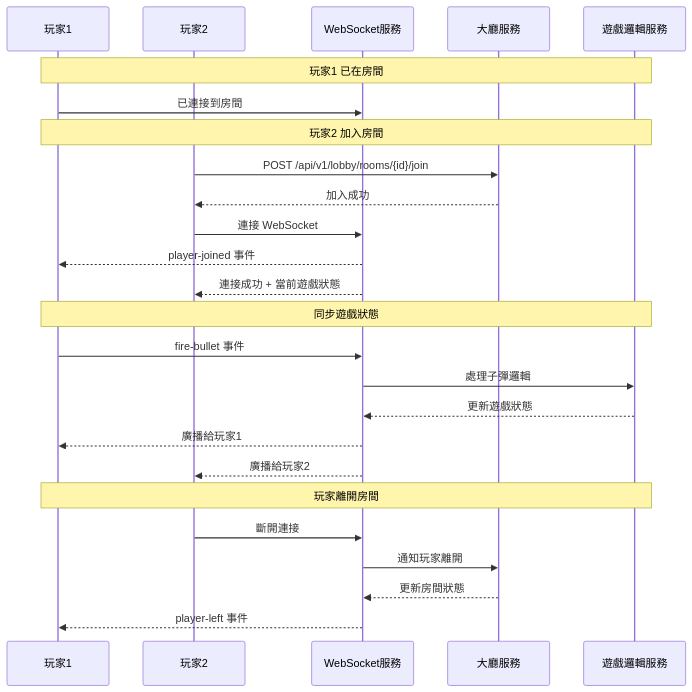
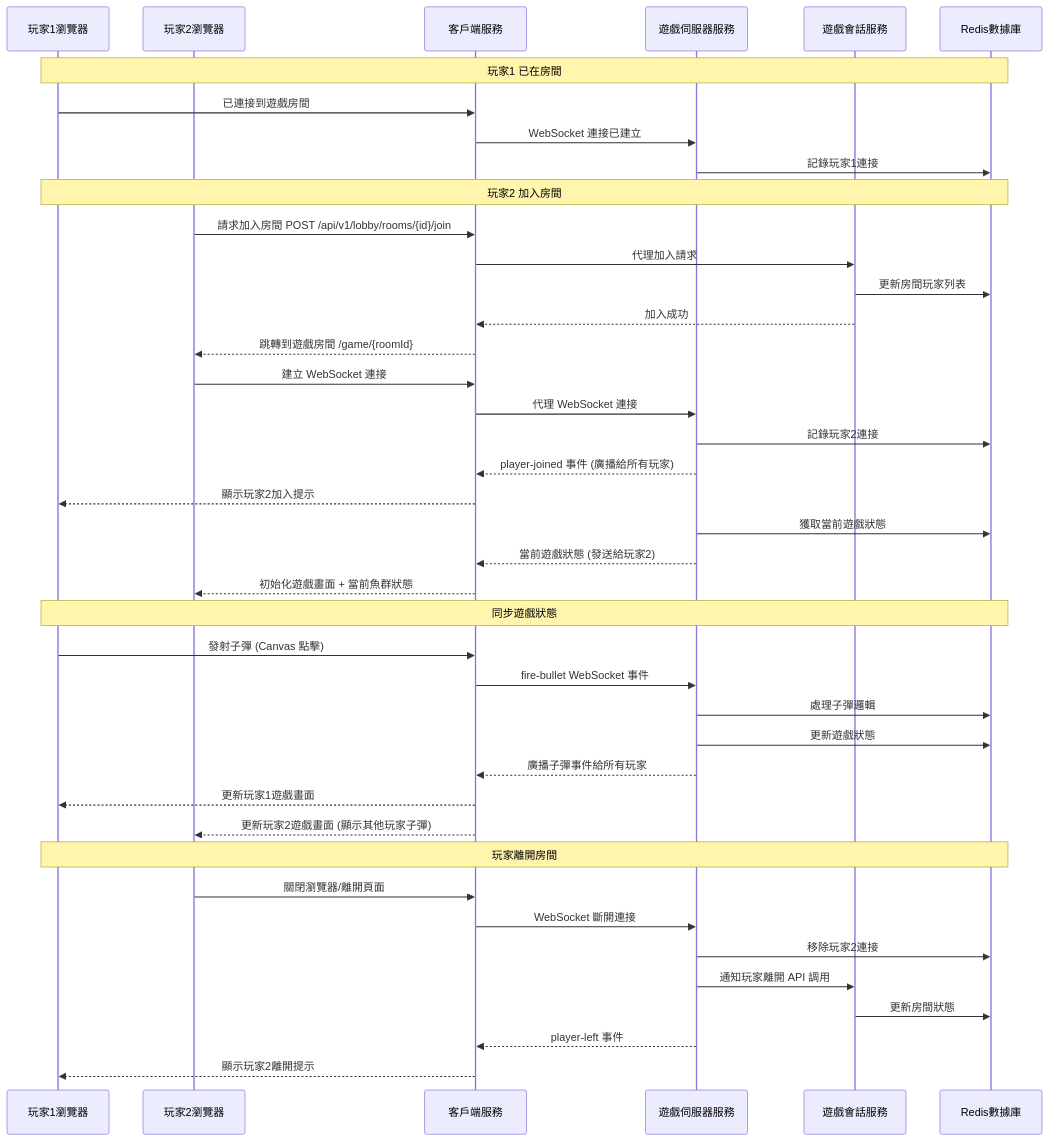
The fifth of 5 diagrams in .kiro/specs/fish-game-microservices/design.md (hoycdanny/fish-machine-workshop), drawn with Mermaid before and after one commit. The commit also changed other lines of this file and 18 other files, not shown here.

````diff
--- a/.kiro/specs/fish-game-microservices/design.md
+++ b/.kiro/specs/fish-game-microservices/design.md
@@ -922,31 +1684,48 @@
 ```mermaid
 sequenceDiagram
-    participant Client1 as 玩家1
-    participant Client2 as 玩家2
-    participant WS as WebSocket服務
-    participant Lobby as 大廳服務
-    participant Game as 遊戲邏輯服務
+    participant User1 as 玩家1瀏覽器
+    participant User2 as 玩家2瀏覽器
+    participant ClientSvc as 客戶端服務
+    participant GameServer as 遊戲伺服器服務
+    participant GameSession as 遊戲會話服務
+    participant Redis as Redis數據庫
     
-    Note over Client1,Game: 玩家1 已在房間
-    Client1->>WS: 已連接到房間
+    Note over User1,Redis: 玩家1 已在房間
+    User1->>ClientSvc: 已連接到遊戲房間
+    ClientSvc->>GameServer: WebSocket 連接已建立
+    GameServer->>Redis: 記錄玩家1連接
     
-    Note over Client1,Game: 玩家2 加入房間
-    Client2->>Lobby: POST /api/v1/lobby/rooms/{id}/join
-    Lobby-->>Client2: 加入成功
-    Client2->>WS: 連接 WebSocket
-    WS-->>Client1: player-joined 事件
-    WS-->>Client2: 連接成功 + 當前遊戲狀態
+    Note over User1,Redis: 玩家2 加入房間
+    User2->>ClientSvc: 請求加入房間 POST /api/v1/lobby/rooms/{id}/join
+    ClientSvc->>GameSession: 代理加入請求
+    GameSession->>Redis: 更新房間玩家列表
+    GameSession-->>ClientSvc: 加入成功
+    ClientSvc-->>User2: 跳轉到遊戲房間 /game/{roomId}
     
-    Note over Client1,Game: 同步遊戲狀態
-    Client1->>WS: fire-bullet 事件
-    WS->>Game: 處理子彈邏輯
-    Game-->>WS: 更新遊戲狀態
-    WS-->>Client1: 廣播給玩家1
-    WS-->>Client2: 廣播給玩家2
+    User2->>ClientSvc: 建立 WebSocket 連接
+    ClientSvc->>GameServer: 代理 WebSocket 連接
+    GameServer->>Redis: 記錄玩家2連接
+    GameServer-->>ClientSvc: player-joined 事件 (廣播給所有玩家)
+    ClientSvc-->>User1: 顯示玩家2加入提示
+    GameServer->>Redis: 獲取當前遊戲狀態
+    GameServer-->>ClientSvc: 當前遊戲狀態 (發送給玩家2)
+    ClientSvc-->>User2: 初始化遊戲畫面 + 當前魚群狀態
     
-    Note over Client1,Game: 玩家離開房間
-    Client2->>WS: 斷開連接
-    WS->>Lobby: 通知玩家離開
-    Lobby-->>WS: 更新房間狀態
-    WS-->>Client1: player-left 事件
+    Note over User1,Redis: 同步遊戲狀態
+    User1->>ClientSvc: 發射子彈 (Canvas 點擊)
+    ClientSvc->>GameServer: fire-bullet WebSocket 事件
+    GameServer->>Redis: 處理子彈邏輯
+    GameServer->>Redis: 更新遊戲狀態
+    GameServer-->>ClientSvc: 廣播子彈事件給所有玩家
+    ClientSvc-->>User1: 更新玩家1遊戲畫面
+    ClientSvc-->>User2: 更新玩家2遊戲畫面 (顯示其他玩家子彈)
+    
+    Note over User1,Redis: 玩家離開房間
+    User2->>ClientSvc: 關閉瀏覽器/離開頁面
+    ClientSvc->>GameServer: WebSocket 斷開連接
+    GameServer->>Redis: 移除玩家2連接
+    GameServer->>GameSession: 通知玩家離開 API 調用
+    GameSession->>Redis: 更新房間狀態
+    GameServer-->>ClientSvc: player-left 事件
+    ClientSvc-->>User1: 顯示玩家2離開提示
 ```
````
